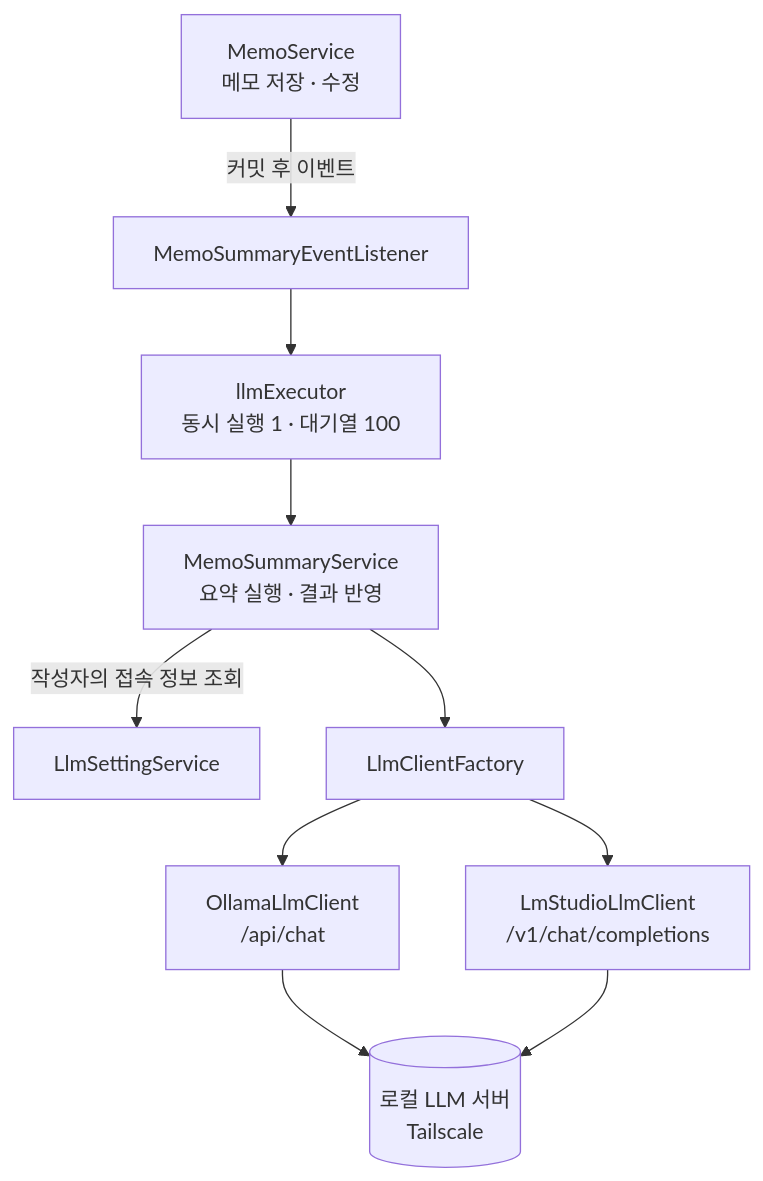
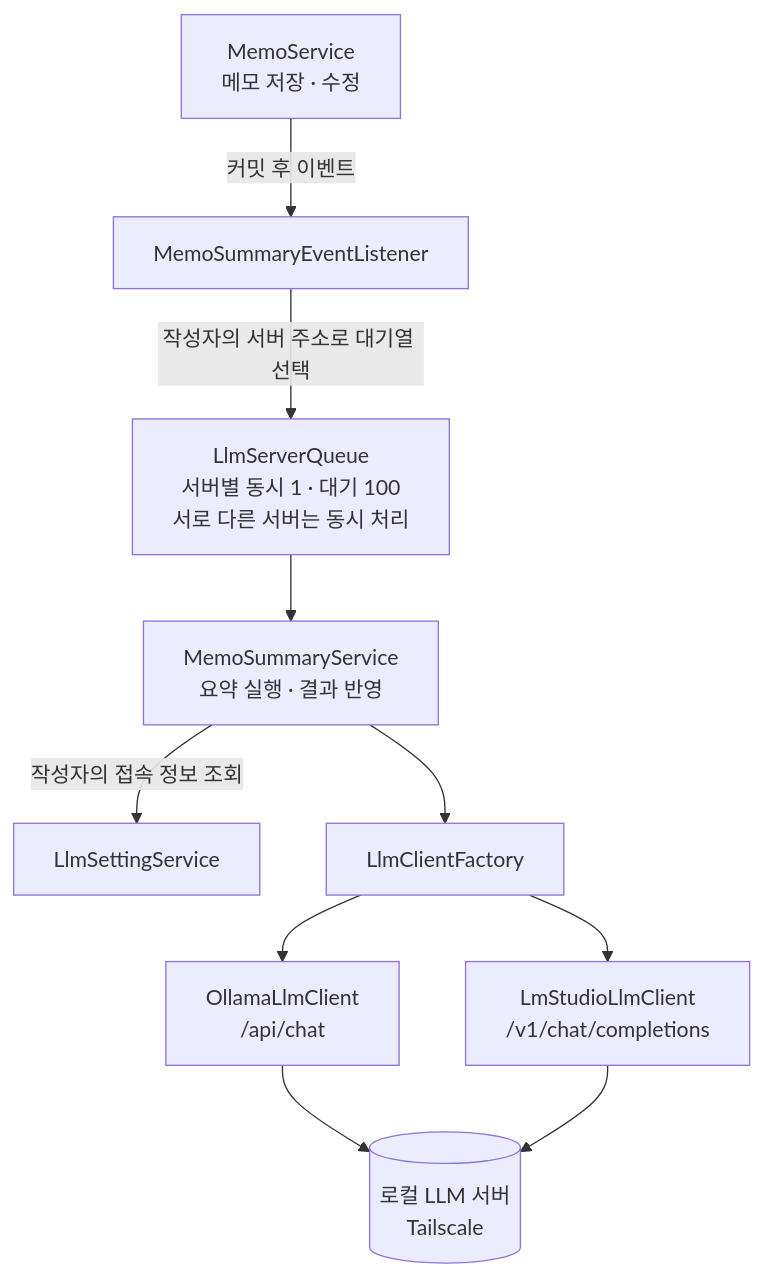
Before and after one commit to Hasegos/coding-test-project: the second of 4 diagrams in README.md, drawn with Mermaid. The commit also changed other lines of this file, not shown here.

````diff
--- a/README.md
+++ b/README.md
@@ -185,12 +188,12 @@
 ```mermaid
 flowchart TB
     A["MemoService<br/>메모 저장 · 수정"] -->|"커밋 후 이벤트"| B["MemoSummaryEventListener"]
-    B --> C["llmExecutor<br/>동시 실행 1 · 대기열 100"]
+    B -->|"작성자의 서버 주소로 대기열 선택"| C["LlmServerQueue<br/>서버별 동시 1 · 대기 100<br/>서로 다른 서버는 동시 처리"]
     C --> D["MemoSummaryService<br/>요약 실행 · 결과 반영"]
     D -->|"작성자의 접속 정보 조회"| E["LlmSettingService"]
     D --> F["LlmClientFactory"]
     F --> G["OllamaLlmClient<br/>/api/chat"]
     F --> H["LmStudioLlmClient<br/>/v1/chat/completions"]
     G --> I[("로컬 LLM 서버<br/>Tailscale")]
     H --> I
 ```
````
